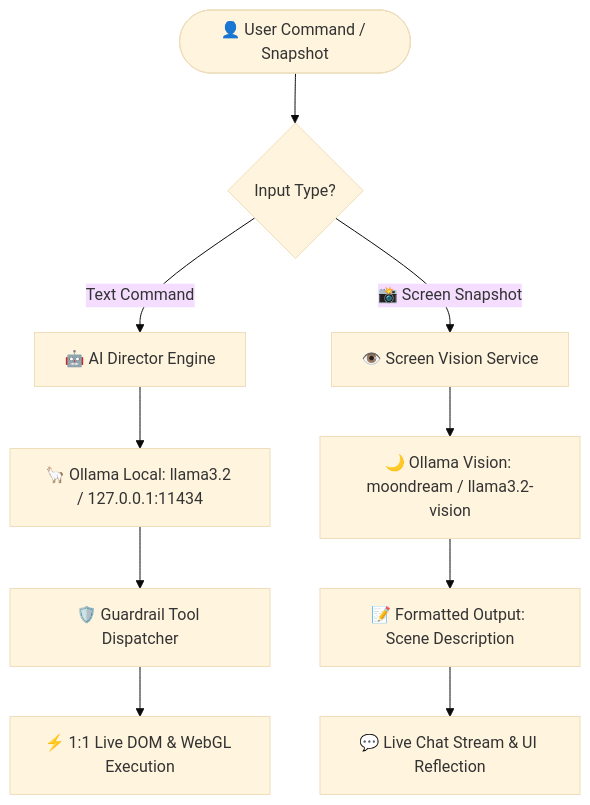
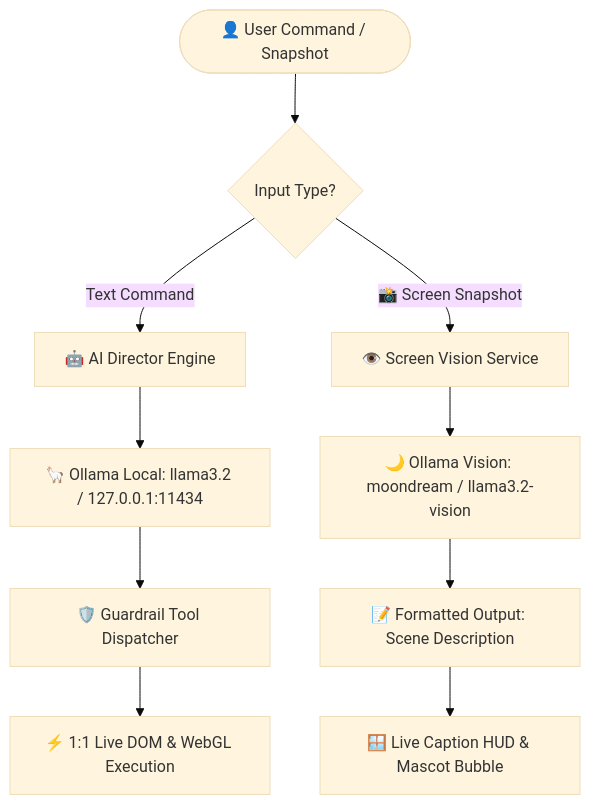
One commit to WeiberNoname/Daysome-Project-T1000-V1 changed the second of 2 diagrams in README.md. Above: the diagram before and after it, drawn with Mermaid (base theme). The commit also changed other lines of this file and 7 other files, not shown here.

````diff
--- a/README.md
+++ b/README.md
@@ -102,16 +97,16 @@
 ```mermaid
 flowchart TD
     User([👤 User Command / Snapshot]) --> Router{Input Type?}
     
     Router -->|Text Command| Chat[🤖 AI Director Engine]
     Router -->|📸 Screen Snapshot| Vision[👁️ Screen Vision Service]
     
     Chat --> LocalOllama[🦙 Ollama Local: llama3.2 / 127.0.0.1:11434]
     Vision --> VisionModel[🌙 Ollama Vision: moondream / llama3.2-vision]
     
     LocalOllama --> ToolDispatch[🛡️ Guardrail Tool Dispatcher]
     VisionModel --> OutputFormat[📝 Formatted Output: Scene Description]
     
     ToolDispatch --> AppState[⚡ 1:1 Live DOM & WebGL Execution]
-    OutputFormat --> ChatOverlay[💬 Live Chat Stream & UI Reflection]
+    OutputFormat --> SubtitleHUD[🪟 Live Caption HUD & Mascot Bubble]
 ```
````
